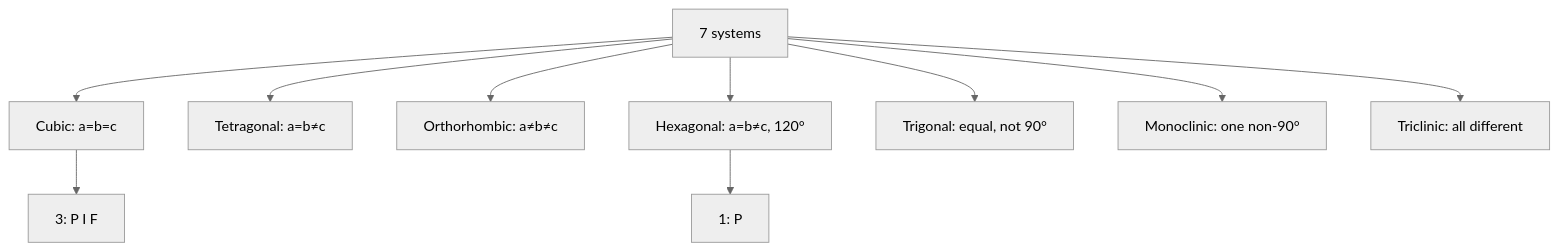
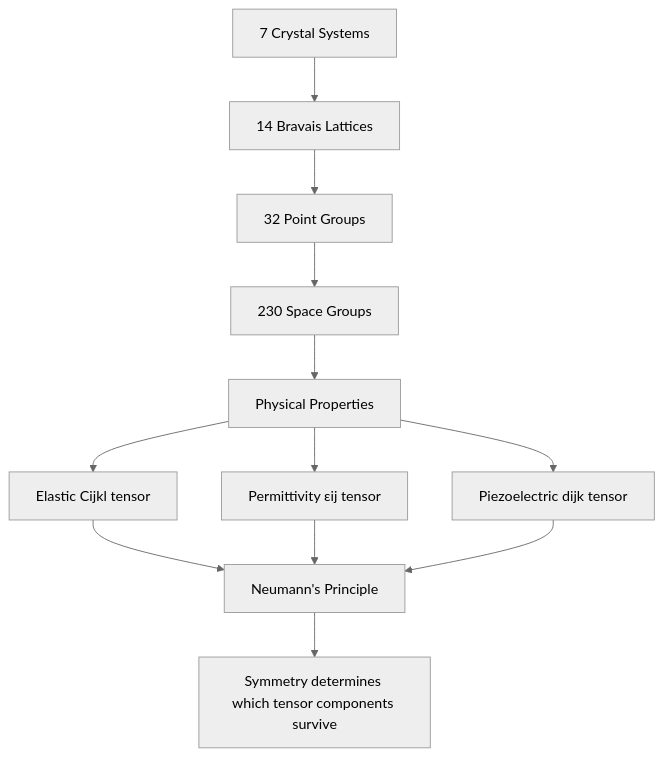
One commit to yip-lgtm/PhysicsSelfStudy changed the first of 10 diagrams in 01_BSc_Physics/electives/PHYS_3042_Crystalline_Solids/README.md. Above: the diagram before and after it, drawn with Mermaid (neutral theme). The commit also changed other lines of this file and 4 other files, not shown here.

````diff
--- a/01_BSc_Physics/electives/PHYS_3042_Crystalline_Solids/README.md
+++ b/01_BSc_Physics/electives/PHYS_3042_Crystalline_Solids/README.md
@@ -124,12 +132,14 @@
 ```mermaid
 graph TD
-    A[7 systems] --> B[Cubic: a=b=c]
-    A --> C[Tetragonal: a=b≠c]
-    A --> D[Orthorhombic: a≠b≠c]
-    A --> E[Hexagonal: a=b≠c, 120°]
-    A --> F[Trigonal: equal, not 90°]
-    A --> G[Monoclinic: one non-90°]
-    A --> H[Triclinic: all different]
-    B --> I[3: P I F]
-    E --> J[1: P]
+    A[7 Crystal Systems] --> B[14 Bravais Lattices]
+    B --> C[32 Point Groups]
+    C --> D[230 Space Groups]
+    D --> E[Physical Properties]
+    E --> F[Elastic Cijkl tensor]
+    E --> G[Permittivity εij tensor]
+    E --> H[Piezoelectric dijk tensor]
+    F --> I[Neumann's Principle]
+    G --> I
+    H --> I
+    I --> J[Symmetry determines which tensor components survive]
 ```
````
